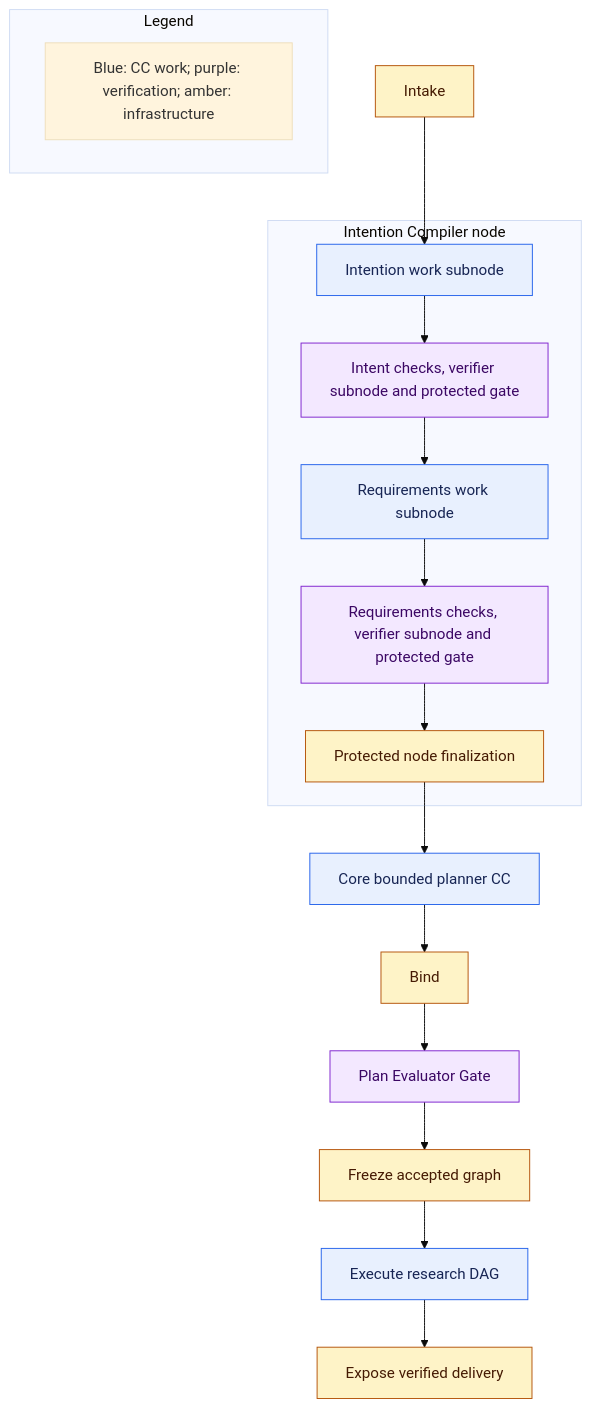
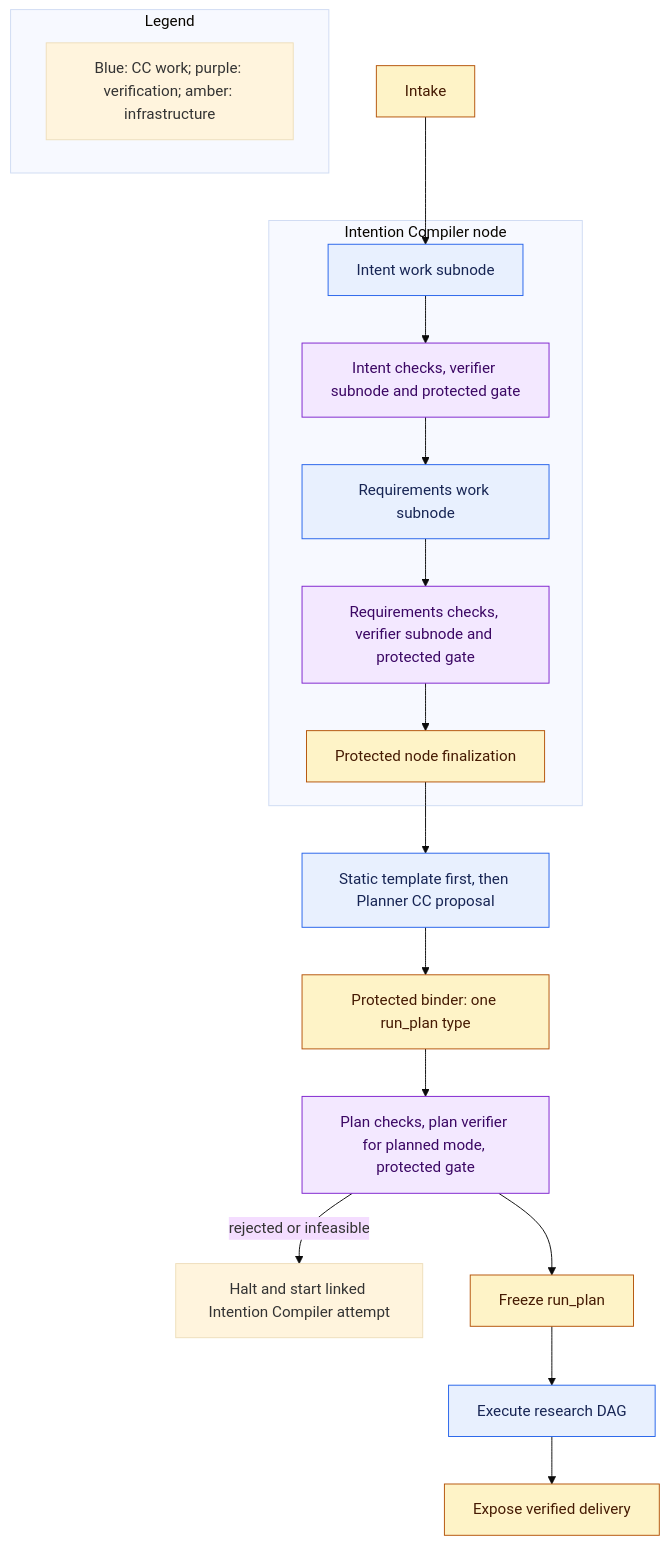
The first of 2 diagrams in docs/architecture/design-package/workflow.md (Stellven/jiuwenswarm), drawn with Mermaid (base theme) before and after one commit. The commit also changed other lines of this file and 86 other files, not shown here.

Commit message:
docs: fix stale diagrams and matching prose; re-render all views

````diff
--- a/docs/architecture/design-package/workflow.md
+++ b/docs/architecture/design-package/workflow.md
@@ -13,26 +13,27 @@
 ```mermaid
 flowchart TB
     Intake[Intake] --> Intent
     subgraph Compiler[Intention Compiler node]
-        Intent[Intention work subnode]
+        Intent[Intent work subnode]
     Intent --> IV[Intent checks, verifier subnode and protected gate]
     IV --> Req[Requirements work subnode]
     Req --> RV[Requirements checks, verifier subnode and protected gate]
     RV --> NG[Protected node finalization]
     end
-    NG --> Plan[Core bounded planner CC]
-    Plan --> Bind
-    Bind --> PV[Plan Evaluator Gate]
-    PV --> Freeze[Freeze accepted graph]
+    NG --> Tpl[Static template first, then Planner CC proposal]
+    Tpl --> Bind[Protected binder: one run_plan type]
+    Bind --> PV[Plan checks, plan verifier for planned mode, protected gate]
+    PV -->|rejected or infeasible| Halt0[Halt and start linked Intention Compiler attempt]
+    PV --> Freeze[Freeze run_plan]
     Freeze --> Run[Execute research DAG]
     Run --> Out[Expose verified delivery]
     subgraph Legend[Legend]
         Key[Blue: CC work; purple: verification; amber: infrastructure]
     end
     classDef work fill:#E8F0FE,stroke:#2563EB,color:#172554
     classDef verify fill:#F3E8FF,stroke:#7E22CE,color:#3B0764
     classDef control fill:#FEF3C7,stroke:#B45309,color:#451A03
-    class Intent,Req,Plan,Run work
+    class Intent,Req,Tpl,Run work
     class IV,RV,PV verify
     class Intake,Bind,Freeze,Out,NG control
 ```
````
